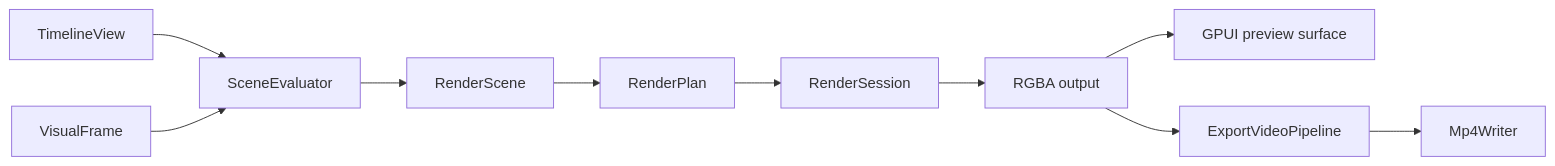
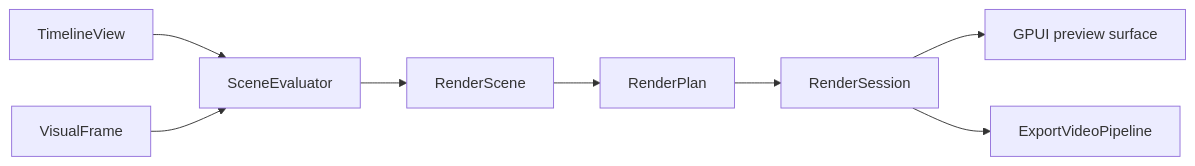
The diagram in docs/architecture.md (1Step621/zerium), drawn with Mermaid before and after one commit. The commit also changed other lines of this file and 2 other files, not shown here.

````diff
--- a/docs/architecture.md
+++ b/docs/architecture.md
@@ -145,12 +47,10 @@
 ```mermaid
 flowchart LR
     Timeline[TimelineView] --> Evaluate[SceneEvaluator]
     Frames[VisualFrame] --> Evaluate
     Evaluate --> Scene[RenderScene]
     Scene --> Plan[RenderPlan]
     Plan --> Render[RenderSession]
-    Render --> Output[RGBA output]
-    Output --> Preview[GPUI preview surface]
-    Output --> Encode[ExportVideoPipeline]
-    Encode --> Writer[Mp4Writer]
+    Render --> Preview[GPUI preview surface]
+    Render --> Export[ExportVideoPipeline]
 ```
````
